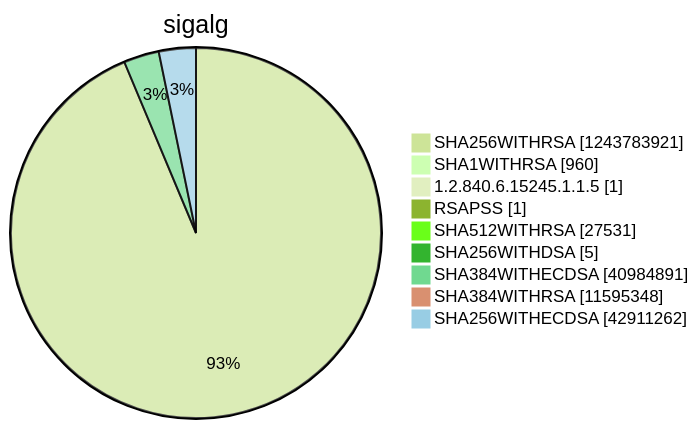
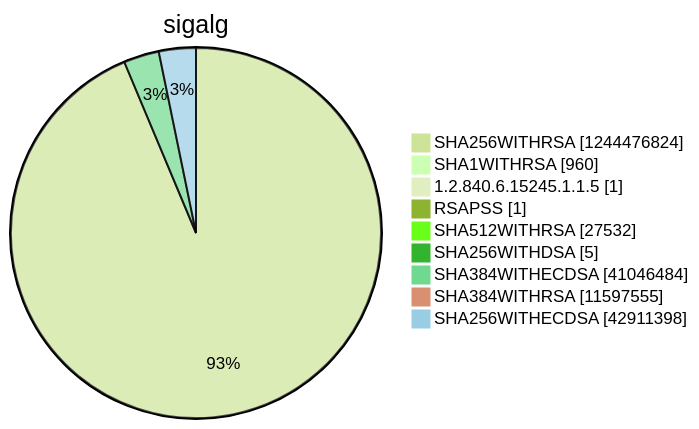
Diagram 15 of 15 in argon2022/README.md (christiankrug/ctmonitor_visualization), drawn with Mermaid (forest theme) before and after one commit. The commit also changed other lines of this file, not shown here.

````diff
--- a/argon2022/README.md
+++ b/argon2022/README.md
@@ -5522,13 +5522,13 @@
 ```mermaid
 pie showData
 title sigalg
-"SHA256WITHRSA" :1243783921
+"SHA256WITHRSA" :1244476824
 "SHA1WITHRSA" :960
 "1.2.840.6.15245.1.1.5" :1
 "RSAPSS" :1
-"SHA512WITHRSA" :27531
+"SHA512WITHRSA" :27532
 "SHA256WITHDSA" :5
-"SHA384WITHECDSA" :40984891
-"SHA384WITHRSA" :11595348
-"SHA256WITHECDSA" :42911262
+"SHA384WITHECDSA" :41046484
+"SHA384WITHRSA" :11597555
+"SHA256WITHECDSA" :42911398
 ```
````
